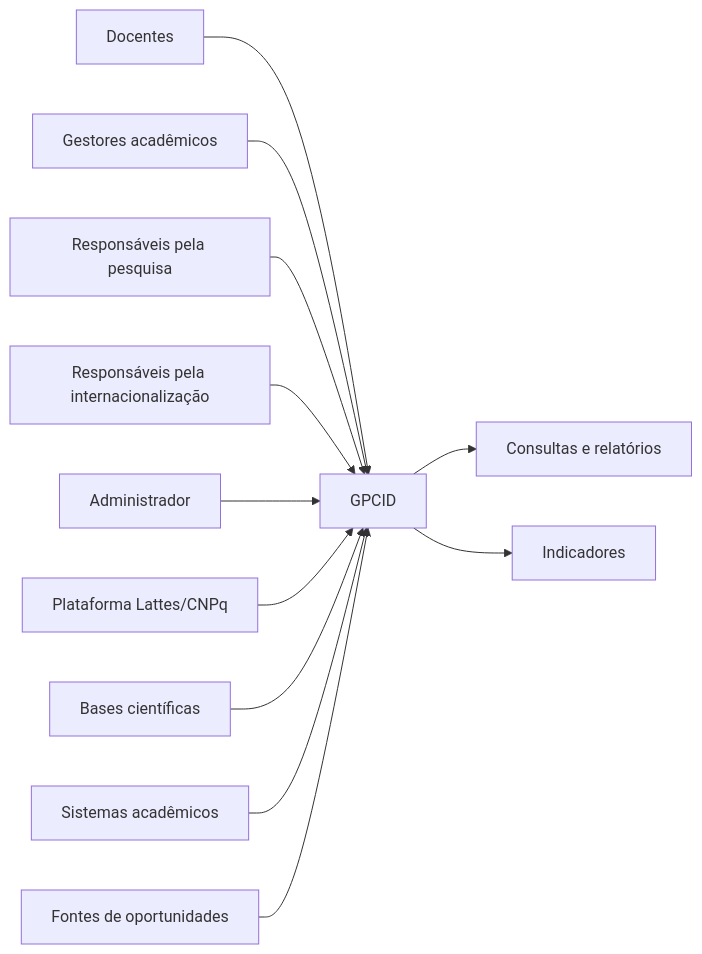
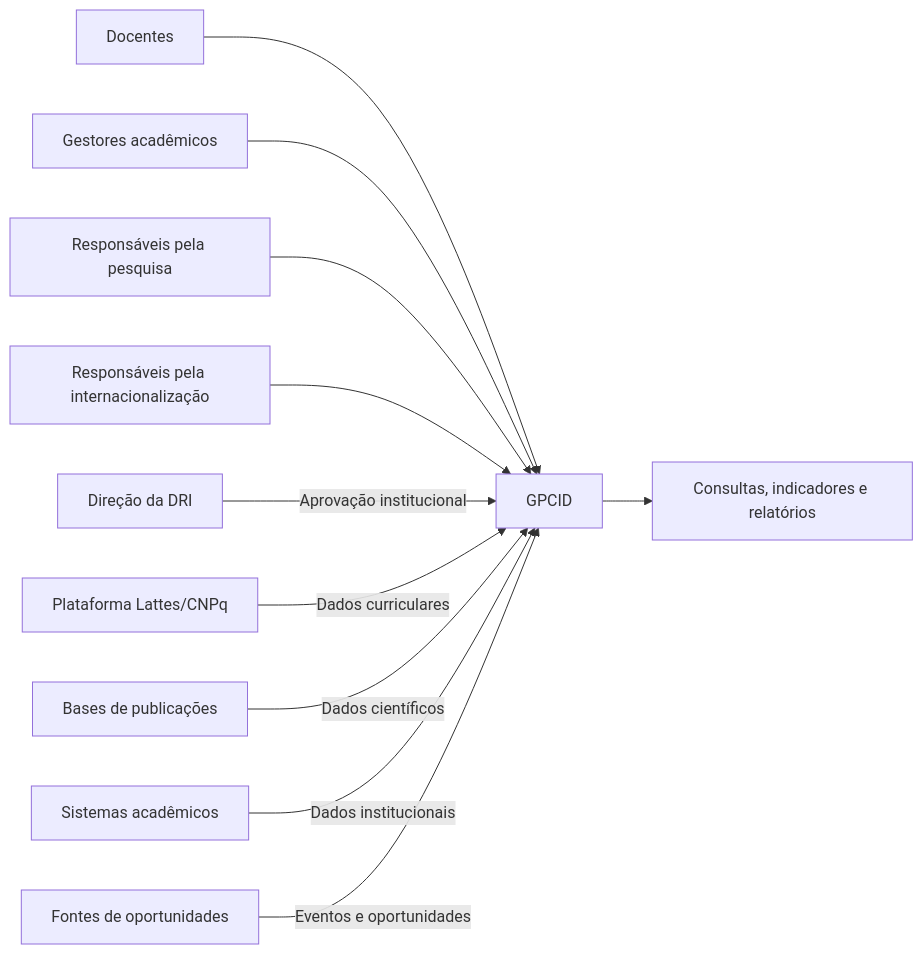
Before and after one commit to PseudoQuimera/requisitos-2026-02-Equipe3: the first of 2 diagrams in Doc/Especificação de Requisito de Software.md, drawn with Mermaid. The commit also changed other lines of this file and 3 other files, not shown here.

````diff
--- a/Doc/Especificação de Requisito de Software.md
+++ b/Doc/Especificação de Requisito de Software.md
@@ -196,16 +419,15 @@
 ```mermaid
 flowchart LR
-    D[Docentes] --> G[GPCID]
-    GA[Gestores acadêmicos] --> G
-    P[Responsáveis pela pesquisa] --> G
-    I[Responsáveis pela internacionalização] --> G
-    ADM[Administrador] --> G
+    D[Docentes] --> S[GPCID]
+    G[Gestores acadêmicos] --> S
+    P[Responsáveis pela pesquisa] --> S
+    I[Responsáveis pela internacionalização] --> S
+    R[Direção da DRI] -->|Aprovação institucional| S
 
-    L[Plataforma Lattes/CNPq] --> G
-    B[Bases científicas] --> G
-    S[Sistemas acadêmicos] --> G
-    O[Fontes de oportunidades] --> G
+    L[Plataforma Lattes/CNPq] -->|Dados curriculares| S
+    B[Bases de publicações] -->|Dados científicos| S
+    U[Sistemas acadêmicos] -->|Dados institucionais| S
+    E[Fontes de oportunidades] -->|Eventos e oportunidades| S
 
-    G --> R[Consultas e relatórios]
-    G --> IND[Indicadores]
+    S --> O[Consultas, indicadores e relatórios]
 ```
````
